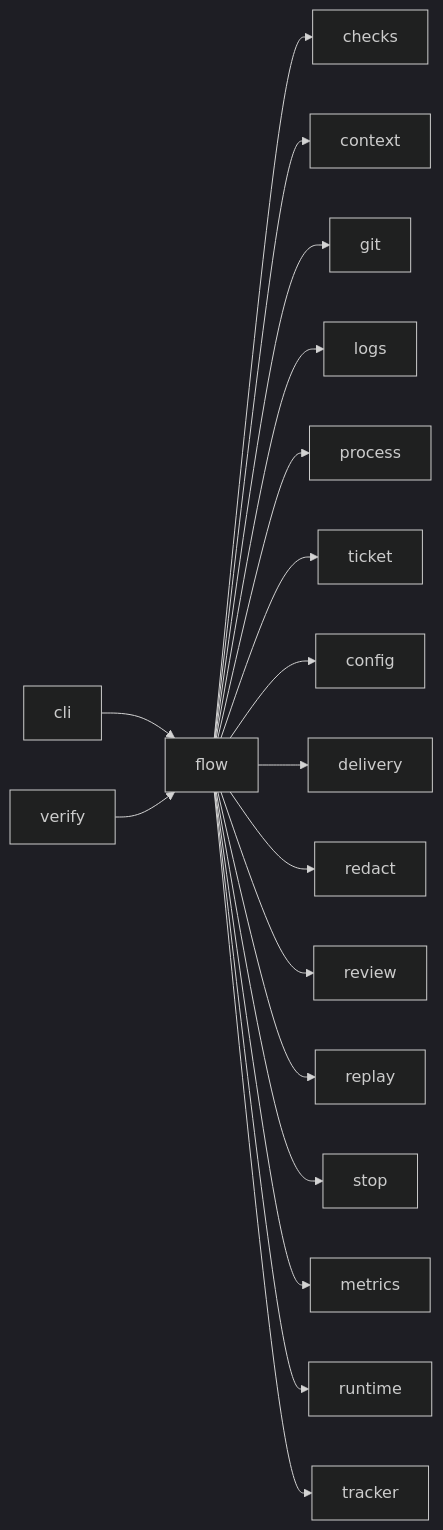
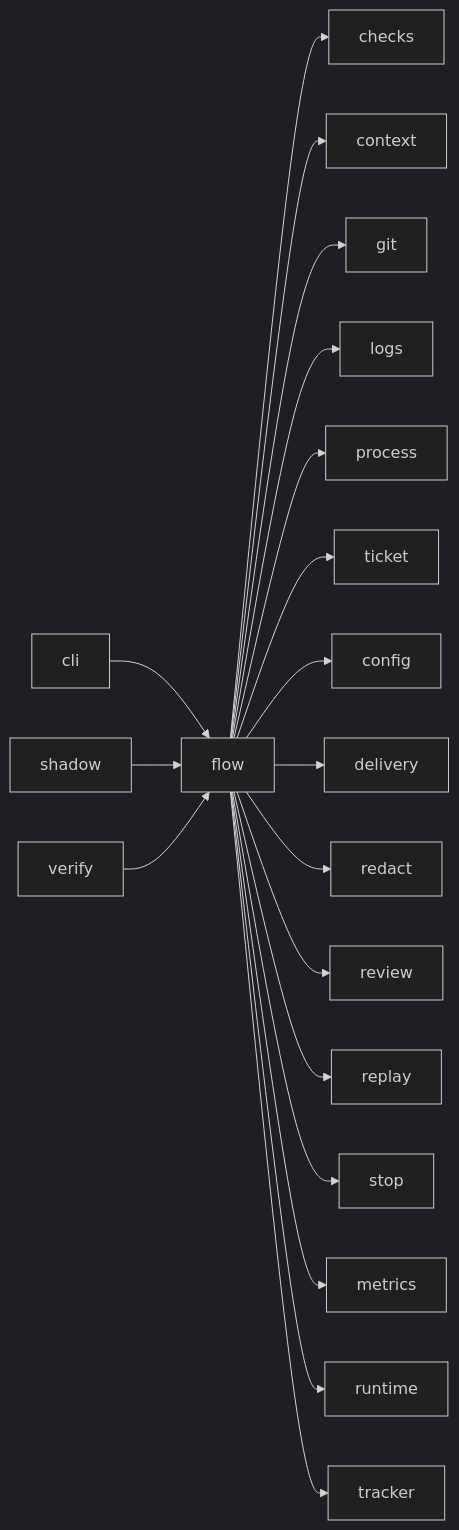
The diagram in docs/architecture/modules/flow.md (plaplanche/ariane), drawn with Mermaid (dark theme) before and after one commit. The commit also changed other lines of this file and 23 other files, not shown here.

````diff
--- a/docs/architecture/modules/flow.md
+++ b/docs/architecture/modules/flow.md
@@ -26,20 +28,21 @@
 ```mermaid
 flowchart LR
   flow --> checks
   flow --> context
   flow --> git
   flow --> logs
   flow --> process
   flow --> ticket
   flow --> config
   flow --> delivery
   flow --> redact
   flow --> review
   flow --> replay
   flow --> stop
   flow --> metrics
   flow --> runtime
   flow --> tracker
   cli --> flow
+  shadow --> flow
   verify --> flow
 ```
````
